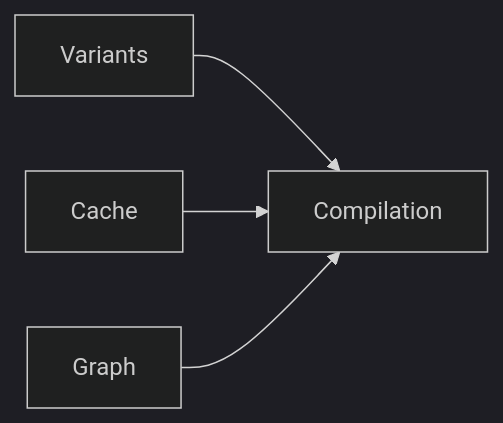
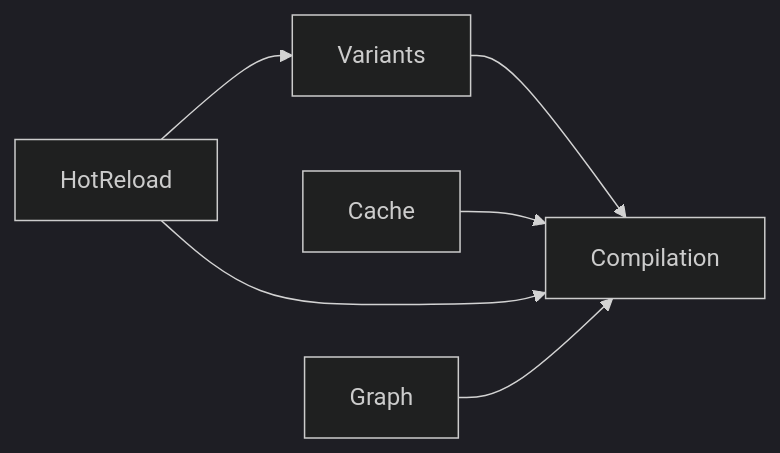
One commit to liangz0707/TenEngine changed the first of 2 diagrams in docs/module-specs/010-shader.md. Above: the diagram before and after it, drawn with Mermaid (dark theme). The commit also changed other lines of this file and 115 other files, not shown here.

````diff
--- a/docs/module-specs/010-shader.md
+++ b/docs/module-specs/010-shader.md
@@ -45,10 +49,13 @@
 ```mermaid
 flowchart LR
   Compilation[Compilation]
   Variants[Variants]
   Cache[Cache]
+  HotReload[HotReload]
   Graph[Graph]
   Variants --> Compilation
   Cache --> Compilation
+  HotReload --> Compilation
+  HotReload --> Variants
   Graph --> Compilation
 ```
````
